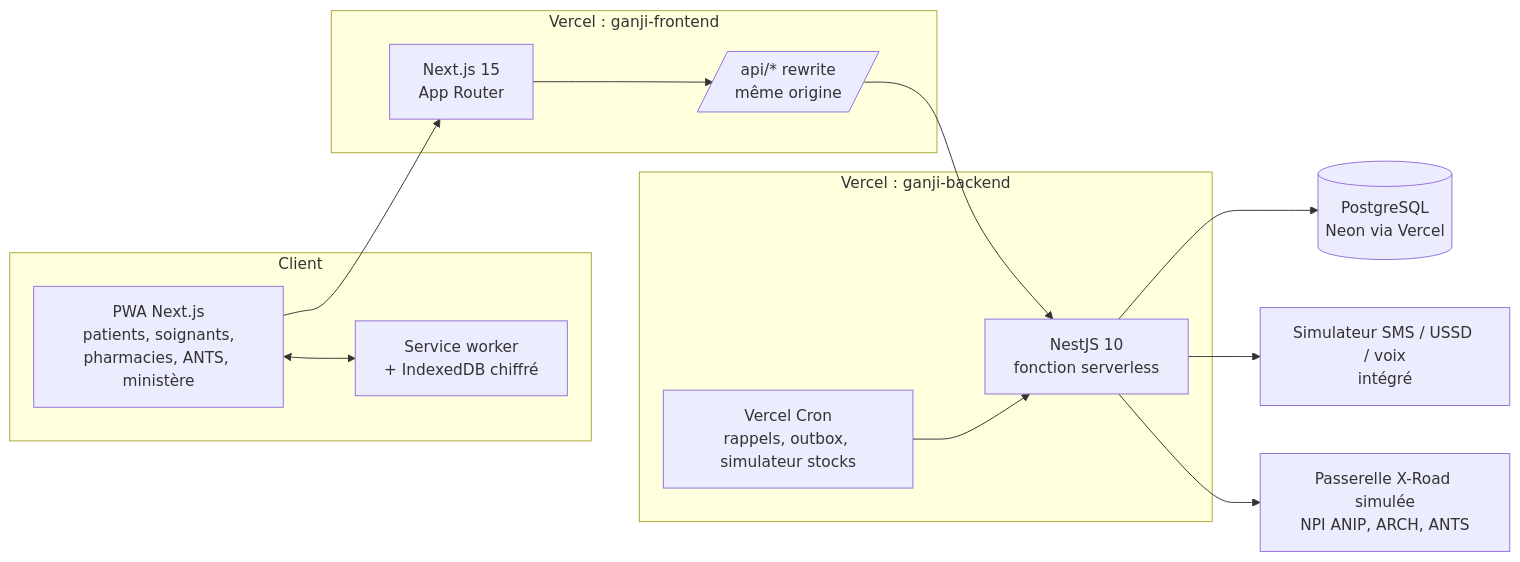
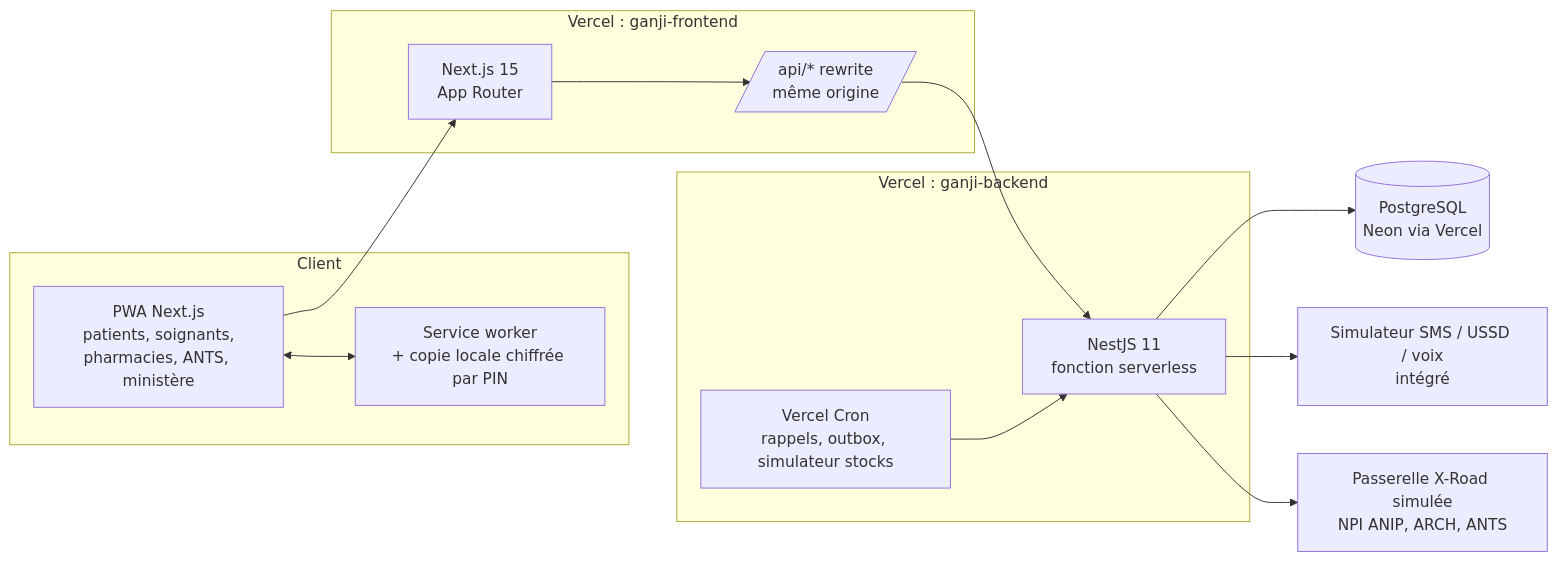
The diagram in docs/PLAN.md (spyder20052/ganji-frontend), drawn with Mermaid before and after one commit. The commit also changed other lines of this file and 79 other files, not shown here.

````diff
--- a/docs/PLAN.md
+++ b/docs/PLAN.md
@@ -23,25 +23,25 @@
 ```mermaid
 flowchart LR
   subgraph Client
     U[PWA Next.js<br/>patients, soignants,<br/>pharmacies, ANTS, ministère]
-    SW[Service worker<br/>+ IndexedDB chiffré]
+    SW[Service worker<br/>+ copie locale chiffrée par PIN]
   end
   subgraph Vercel_Front[Vercel : ganji-frontend]
     N[Next.js 15<br/>App Router]
     RW[/api/* rewrite<br/>même origine/]
   end
   subgraph Vercel_Back[Vercel : ganji-backend]
-    A[NestJS 10<br/>fonction serverless]
+    A[NestJS 11<br/>fonction serverless]
     CR[Vercel Cron<br/>rappels, outbox, simulateur stocks]
   end
   DB[(PostgreSQL<br/>Neon via Vercel)]
   SIM[Simulateur SMS / USSD / voix<br/>intégré]
   X[Passerelle X-Road simulée<br/>NPI ANIP, ARCH, ANTS]
 
   U --> N --> RW --> A
   U <--> SW
   A --> DB
   CR --> A
   A --> SIM
   A --> X
 ```
````
